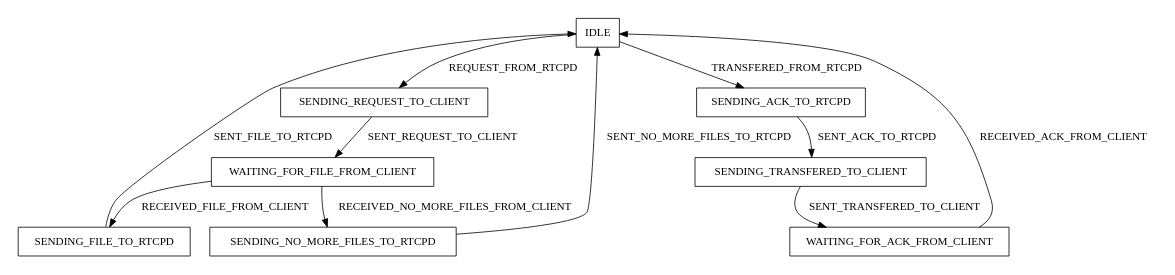
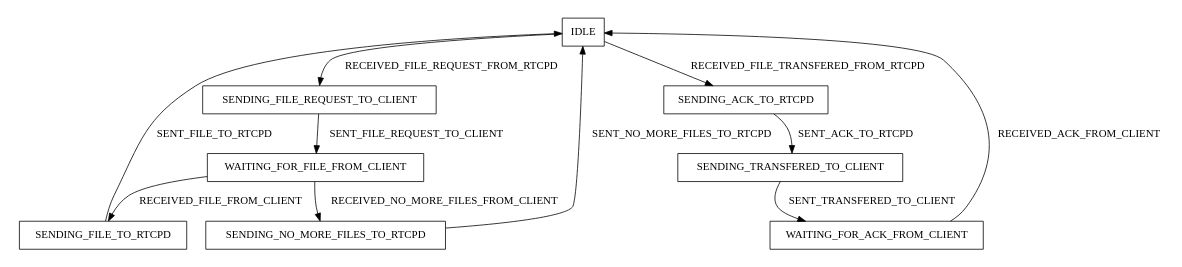
Before and after one commit to cern-cta/CTA: the diagram in castor/tape/doc/fstns/rtcpdDiskTapeIOControlConnection.dot, drawn with Graphviz.

Commit message:
Improved the names of the states in rtcpdDiskTapeIOControlConnection FSTN.

```diff
--- a/castor/tape/doc/fstns/rtcpdDiskTapeIOControlConnection.dot
+++ b/castor/tape/doc/fstns/rtcpdDiskTapeIOControlConnection.dot
@@ -1,16 +1,16 @@
 digraph fstn {
   rankdir=TD;
   size="8,5"
   center=1
   node [shape = rectangle];
-  IDLE                           -> SENDING_REQUEST_TO_CLIENT      [ label = "REQUEST_FROM_RTCPD"                ];
-  SENDING_REQUEST_TO_CLIENT      -> WAITING_FOR_FILE_FROM_CLIENT   [ label = "SENT_REQUEST_TO_CLIENT"            ];
-  WAITING_FOR_FILE_FROM_CLIENT   -> SENDING_FILE_TO_RTCPD          [ label = "RECEIVED_FILE_FROM_CLIENT"         ];
-  SENDING_FILE_TO_RTCPD          -> IDLE                           [ label = "SENT_FILE_TO_RTCPD"                ];
-  WAITING_FOR_FILE_FROM_CLIENT   -> SENDING_NO_MORE_FILES_TO_RTCPD [ label = "RECEIVED_NO_MORE_FILES_FROM_CLIENT"];
-  SENDING_NO_MORE_FILES_TO_RTCPD -> IDLE                           [ label = "SENT_NO_MORE_FILES_TO_RTCPD"       ];
-  IDLE                           -> SENDING_ACK_TO_RTCPD           [ label = "TRANSFERED_FROM_RTCPD"             ];
-  SENDING_ACK_TO_RTCPD           -> SENDING_TRANSFERED_TO_CLIENT   [ label = "SENT_ACK_TO_RTCPD"                 ];
-  SENDING_TRANSFERED_TO_CLIENT   -> WAITING_FOR_ACK_FROM_CLIENT    [ label = "SENT_TRANSFERED_TO_CLIENT"         ];
-  WAITING_FOR_ACK_FROM_CLIENT    -> IDLE                           [ label = "RECEIVED_ACK_FROM_CLIENT"          ];
+  IDLE                           -> SENDING_FILE_REQUEST_TO_CLIENT [ label = "RECEIVED_FILE_REQUEST_FROM_RTCPD"   ];
+  SENDING_FILE_REQUEST_TO_CLIENT -> WAITING_FOR_FILE_FROM_CLIENT   [ label = "SENT_FILE_REQUEST_TO_CLIENT"        ];
+  WAITING_FOR_FILE_FROM_CLIENT   -> SENDING_FILE_TO_RTCPD          [ label = "RECEIVED_FILE_FROM_CLIENT"          ];
+  SENDING_FILE_TO_RTCPD          -> IDLE                           [ label = "SENT_FILE_TO_RTCPD"                 ];
+  WAITING_FOR_FILE_FROM_CLIENT   -> SENDING_NO_MORE_FILES_TO_RTCPD [ label = "RECEIVED_NO_MORE_FILES_FROM_CLIENT" ];
+  SENDING_NO_MORE_FILES_TO_RTCPD -> IDLE                           [ label = "SENT_NO_MORE_FILES_TO_RTCPD"        ];
+  IDLE                           -> SENDING_ACK_TO_RTCPD           [ label = "RECEIVED_FILE_TRANSFERED_FROM_RTCPD"];
+  SENDING_ACK_TO_RTCPD           -> SENDING_TRANSFERED_TO_CLIENT   [ label = "SENT_ACK_TO_RTCPD"                  ];
+  SENDING_TRANSFERED_TO_CLIENT   -> WAITING_FOR_ACK_FROM_CLIENT    [ label = "SENT_TRANSFERED_TO_CLIENT"          ];
+  WAITING_FOR_ACK_FROM_CLIENT    -> IDLE                           [ label = "RECEIVED_ACK_FROM_CLIENT"           ];
 }
```
